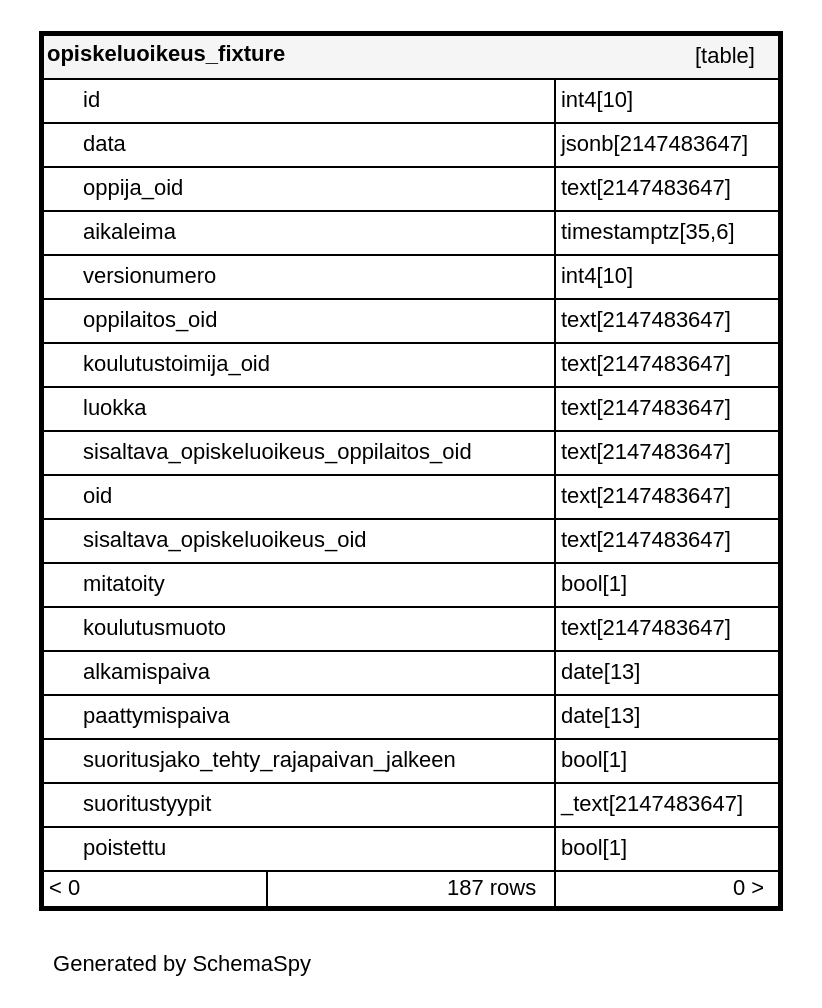
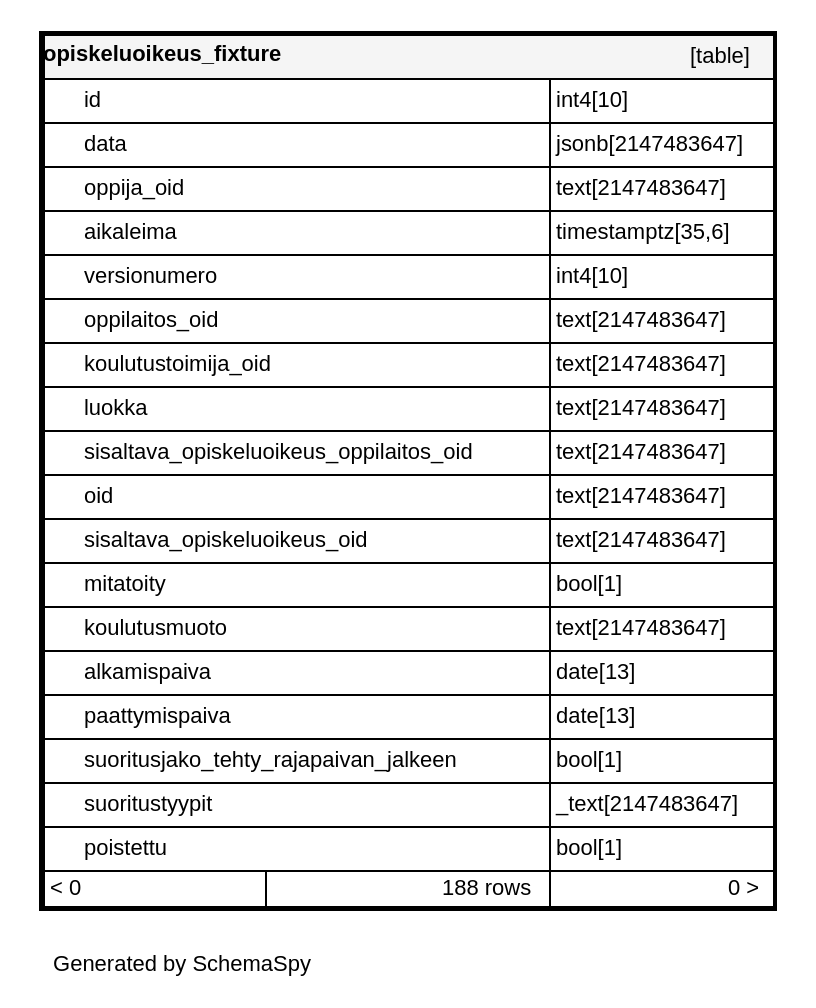
One commit to Opetushallitus/koski changed the diagram in documentation/tietokantaskeemat/koski/diagrams/tables/opiskeluoikeus_fixture.1degree.dot. Above: the diagram before and after it, drawn with Graphviz. The commit also changed 250 other files, not shown here.

```diff
--- a/documentation/tietokantaskeemat/koski/diagrams/tables/opiskeluoikeus_fixture.1degree.dot
+++ b/documentation/tietokantaskeemat/koski/diagrams/tables/opiskeluoikeus_fixture.1degree.dot
@@ -3,26 +3,26 @@
   "opiskeluoikeus_fixture" [
    label=<
     <TABLE BORDER="2" CELLBORDER="1" CELLSPACING="0" BGCOLOR="#ffffff">
-      <TR><TD COLSPAN="4"  BGCOLOR="#f5f5f5"><TABLE BORDER="0" CELLSPACING="0"><TR><TD ALIGN="LEFT" FIXEDSIZE="TRUE" WIDTH="135" HEIGHT="16"><B>opiskeluoikeus_fixture</B></TD><TD ALIGN="RIGHT">[table]</TD></TR></TABLE></TD></TR>
-      <TR><TD PORT="id" COLSPAN="2" ALIGN="LEFT"><TABLE BORDER="0" CELLSPACING="0" ALIGN="LEFT"><TR ALIGN="LEFT"><TD ALIGN="LEFT" FIXEDSIZE="TRUE" WIDTH="15" HEIGHT="16"></TD><TD ALIGN="LEFT" FIXEDSIZE="TRUE" WIDTH="235" HEIGHT="16">id</TD></TR></TABLE></TD><TD PORT="id.type" ALIGN="LEFT">int4[10]</TD></TR>
-      <TR><TD PORT="data" COLSPAN="2" ALIGN="LEFT"><TABLE BORDER="0" CELLSPACING="0" ALIGN="LEFT"><TR ALIGN="LEFT"><TD ALIGN="LEFT" FIXEDSIZE="TRUE" WIDTH="15" HEIGHT="16"></TD><TD ALIGN="LEFT" FIXEDSIZE="TRUE" WIDTH="235" HEIGHT="16">data</TD></TR></TABLE></TD><TD PORT="data.type" ALIGN="LEFT">jsonb[2147483647]</TD></TR>
-      <TR><TD PORT="oppija_oid" COLSPAN="2" ALIGN="LEFT"><TABLE BORDER="0" CELLSPACING="0" ALIGN="LEFT"><TR ALIGN="LEFT"><TD ALIGN="LEFT" FIXEDSIZE="TRUE" WIDTH="15" HEIGHT="16"></TD><TD ALIGN="LEFT" FIXEDSIZE="TRUE" WIDTH="235" HEIGHT="16">oppija_oid</TD></TR></TABLE></TD><TD PORT="oppija_oid.type" ALIGN="LEFT">text[2147483647]</TD></TR>
-      <TR><TD PORT="aikaleima" COLSPAN="2" ALIGN="LEFT"><TABLE BORDER="0" CELLSPACING="0" ALIGN="LEFT"><TR ALIGN="LEFT"><TD ALIGN="LEFT" FIXEDSIZE="TRUE" WIDTH="15" HEIGHT="16"></TD><TD ALIGN="LEFT" FIXEDSIZE="TRUE" WIDTH="235" HEIGHT="16">aikaleima</TD></TR></TABLE></TD><TD PORT="aikaleima.type" ALIGN="LEFT">timestamptz[35,6]</TD></TR>
-      <TR><TD PORT="versionumero" COLSPAN="2" ALIGN="LEFT"><TABLE BORDER="0" CELLSPACING="0" ALIGN="LEFT"><TR ALIGN="LEFT"><TD ALIGN="LEFT" FIXEDSIZE="TRUE" WIDTH="15" HEIGHT="16"></TD><TD ALIGN="LEFT" FIXEDSIZE="TRUE" WIDTH="235" HEIGHT="16">versionumero</TD></TR></TABLE></TD><TD PORT="versionumero.type" ALIGN="LEFT">int4[10]</TD></TR>
-      <TR><TD PORT="oppilaitos_oid" COLSPAN="2" ALIGN="LEFT"><TABLE BORDER="0" CELLSPACING="0" ALIGN="LEFT"><TR ALIGN="LEFT"><TD ALIGN="LEFT" FIXEDSIZE="TRUE" WIDTH="15" HEIGHT="16"></TD><TD ALIGN="LEFT" FIXEDSIZE="TRUE" WIDTH="235" HEIGHT="16">oppilaitos_oid</TD></TR></TABLE></TD><TD PORT="oppilaitos_oid.type" ALIGN="LEFT">text[2147483647]</TD></TR>
-      <TR><TD PORT="koulutustoimija_oid" COLSPAN="2" ALIGN="LEFT"><TABLE BORDER="0" CELLSPACING="0" ALIGN="LEFT"><TR ALIGN="LEFT"><TD ALIGN="LEFT" FIXEDSIZE="TRUE" WIDTH="15" HEIGHT="16"></TD><TD ALIGN="LEFT" FIXEDSIZE="TRUE" WIDTH="235" HEIGHT="16">koulutustoimija_oid</TD></TR></TABLE></TD><TD PORT="koulutustoimija_oid.type" ALIGN="LEFT">text[2147483647]</TD></TR>
-      <TR><TD PORT="luokka" COLSPAN="2" ALIGN="LEFT"><TABLE BORDER="0" CELLSPACING="0" ALIGN="LEFT"><TR ALIGN="LEFT"><TD ALIGN="LEFT" FIXEDSIZE="TRUE" WIDTH="15" HEIGHT="16"></TD><TD ALIGN="LEFT" FIXEDSIZE="TRUE" WIDTH="235" HEIGHT="16">luokka</TD></TR></TABLE></TD><TD PORT="luokka.type" ALIGN="LEFT">text[2147483647]</TD></TR>
-      <TR><TD PORT="sisaltava_opiskeluoikeus_oppilaitos_oid" COLSPAN="2" ALIGN="LEFT"><TABLE BORDER="0" CELLSPACING="0" ALIGN="LEFT"><TR ALIGN="LEFT"><TD ALIGN="LEFT" FIXEDSIZE="TRUE" WIDTH="15" HEIGHT="16"></TD><TD ALIGN="LEFT" FIXEDSIZE="TRUE" WIDTH="235" HEIGHT="16">sisaltava_opiskeluoikeus_oppilaitos_oid</TD></TR></TABLE></TD><TD PORT="sisaltava_opiskeluoikeus_oppilaitos_oid.type" ALIGN="LEFT">text[2147483647]</TD></TR>
-      <TR><TD PORT="oid" COLSPAN="2" ALIGN="LEFT"><TABLE BORDER="0" CELLSPACING="0" ALIGN="LEFT"><TR ALIGN="LEFT"><TD ALIGN="LEFT" FIXEDSIZE="TRUE" WIDTH="15" HEIGHT="16"></TD><TD ALIGN="LEFT" FIXEDSIZE="TRUE" WIDTH="235" HEIGHT="16">oid</TD></TR></TABLE></TD><TD PORT="oid.type" ALIGN="LEFT">text[2147483647]</TD></TR>
-      <TR><TD PORT="sisaltava_opiskeluoikeus_oid" COLSPAN="2" ALIGN="LEFT"><TABLE BORDER="0" CELLSPACING="0" ALIGN="LEFT"><TR ALIGN="LEFT"><TD ALIGN="LEFT" FIXEDSIZE="TRUE" WIDTH="15" HEIGHT="16"></TD><TD ALIGN="LEFT" FIXEDSIZE="TRUE" WIDTH="235" HEIGHT="16">sisaltava_opiskeluoikeus_oid</TD></TR></TABLE></TD><TD PORT="sisaltava_opiskeluoikeus_oid.type" ALIGN="LEFT">text[2147483647]</TD></TR>
-      <TR><TD PORT="mitatoity" COLSPAN="2" ALIGN="LEFT"><TABLE BORDER="0" CELLSPACING="0" ALIGN="LEFT"><TR ALIGN="LEFT"><TD ALIGN="LEFT" FIXEDSIZE="TRUE" WIDTH="15" HEIGHT="16"></TD><TD ALIGN="LEFT" FIXEDSIZE="TRUE" WIDTH="235" HEIGHT="16">mitatoity</TD></TR></TABLE></TD><TD PORT="mitatoity.type" ALIGN="LEFT">bool[1]</TD></TR>
-      <TR><TD PORT="koulutusmuoto" COLSPAN="2" ALIGN="LEFT"><TABLE BORDER="0" CELLSPACING="0" ALIGN="LEFT"><TR ALIGN="LEFT"><TD ALIGN="LEFT" FIXEDSIZE="TRUE" WIDTH="15" HEIGHT="16"></TD><TD ALIGN="LEFT" FIXEDSIZE="TRUE" WIDTH="235" HEIGHT="16">koulutusmuoto</TD></TR></TABLE></TD><TD PORT="koulutusmuoto.type" ALIGN="LEFT">text[2147483647]</TD></TR>
-      <TR><TD PORT="alkamispaiva" COLSPAN="2" ALIGN="LEFT"><TABLE BORDER="0" CELLSPACING="0" ALIGN="LEFT"><TR ALIGN="LEFT"><TD ALIGN="LEFT" FIXEDSIZE="TRUE" WIDTH="15" HEIGHT="16"></TD><TD ALIGN="LEFT" FIXEDSIZE="TRUE" WIDTH="235" HEIGHT="16">alkamispaiva</TD></TR></TABLE></TD><TD PORT="alkamispaiva.type" ALIGN="LEFT">date[13]</TD></TR>
-      <TR><TD PORT="paattymispaiva" COLSPAN="2" ALIGN="LEFT"><TABLE BORDER="0" CELLSPACING="0" ALIGN="LEFT"><TR ALIGN="LEFT"><TD ALIGN="LEFT" FIXEDSIZE="TRUE" WIDTH="15" HEIGHT="16"></TD><TD ALIGN="LEFT" FIXEDSIZE="TRUE" WIDTH="235" HEIGHT="16">paattymispaiva</TD></TR></TABLE></TD><TD PORT="paattymispaiva.type" ALIGN="LEFT">date[13]</TD></TR>
-      <TR><TD PORT="suoritusjako_tehty_rajapaivan_jalkeen" COLSPAN="2" ALIGN="LEFT"><TABLE BORDER="0" CELLSPACING="0" ALIGN="LEFT"><TR ALIGN="LEFT"><TD ALIGN="LEFT" FIXEDSIZE="TRUE" WIDTH="15" HEIGHT="16"></TD><TD ALIGN="LEFT" FIXEDSIZE="TRUE" WIDTH="235" HEIGHT="16">suoritusjako_tehty_rajapaivan_jalkeen</TD></TR></TABLE></TD><TD PORT="suoritusjako_tehty_rajapaivan_jalkeen.type" ALIGN="LEFT">bool[1]</TD></TR>
-      <TR><TD PORT="suoritustyypit" COLSPAN="2" ALIGN="LEFT"><TABLE BORDER="0" CELLSPACING="0" ALIGN="LEFT"><TR ALIGN="LEFT"><TD ALIGN="LEFT" FIXEDSIZE="TRUE" WIDTH="15" HEIGHT="16"></TD><TD ALIGN="LEFT" FIXEDSIZE="TRUE" WIDTH="235" HEIGHT="16">suoritustyypit</TD></TR></TABLE></TD><TD PORT="suoritustyypit.type" ALIGN="LEFT">_text[2147483647]</TD></TR>
-      <TR><TD PORT="poistettu" COLSPAN="2" ALIGN="LEFT"><TABLE BORDER="0" CELLSPACING="0" ALIGN="LEFT"><TR ALIGN="LEFT"><TD ALIGN="LEFT" FIXEDSIZE="TRUE" WIDTH="15" HEIGHT="16"></TD><TD ALIGN="LEFT" FIXEDSIZE="TRUE" WIDTH="235" HEIGHT="16">poistettu</TD></TR></TABLE></TD><TD PORT="poistettu.type" ALIGN="LEFT">bool[1]</TD></TR>
-      <TR><TD ALIGN="LEFT" BGCOLOR="#ffffff">&lt; 0</TD><TD ALIGN="RIGHT" BGCOLOR="#ffffff">187 rows</TD><TD ALIGN="RIGHT" BGCOLOR="#ffffff">0 &gt;</TD></TR>
+      <TR><TD COLSPAN="4"  BGCOLOR="#f5f5f5"><TABLE BORDER="0" CELLSPACING="0"><TR><TD ALIGN="LEFT" FIXEDSIZE="TRUE" WIDTH="130" HEIGHT="16"><B>opiskeluoikeus_fixture</B></TD><TD ALIGN="RIGHT">[table]</TD></TR></TABLE></TD></TR>
+      <TR><TD PORT="id" COLSPAN="2" ALIGN="LEFT"><TABLE BORDER="0" CELLSPACING="0" ALIGN="LEFT"><TR ALIGN="LEFT"><TD ALIGN="LEFT" FIXEDSIZE="TRUE" WIDTH="15" HEIGHT="16"></TD><TD ALIGN="LEFT" FIXEDSIZE="TRUE" WIDTH="232" HEIGHT="16">id</TD></TR></TABLE></TD><TD PORT="id.type" ALIGN="LEFT">int4[10]</TD></TR>
+      <TR><TD PORT="data" COLSPAN="2" ALIGN="LEFT"><TABLE BORDER="0" CELLSPACING="0" ALIGN="LEFT"><TR ALIGN="LEFT"><TD ALIGN="LEFT" FIXEDSIZE="TRUE" WIDTH="15" HEIGHT="16"></TD><TD ALIGN="LEFT" FIXEDSIZE="TRUE" WIDTH="232" HEIGHT="16">data</TD></TR></TABLE></TD><TD PORT="data.type" ALIGN="LEFT">jsonb[2147483647]</TD></TR>
+      <TR><TD PORT="oppija_oid" COLSPAN="2" ALIGN="LEFT"><TABLE BORDER="0" CELLSPACING="0" ALIGN="LEFT"><TR ALIGN="LEFT"><TD ALIGN="LEFT" FIXEDSIZE="TRUE" WIDTH="15" HEIGHT="16"></TD><TD ALIGN="LEFT" FIXEDSIZE="TRUE" WIDTH="232" HEIGHT="16">oppija_oid</TD></TR></TABLE></TD><TD PORT="oppija_oid.type" ALIGN="LEFT">text[2147483647]</TD></TR>
+      <TR><TD PORT="aikaleima" COLSPAN="2" ALIGN="LEFT"><TABLE BORDER="0" CELLSPACING="0" ALIGN="LEFT"><TR ALIGN="LEFT"><TD ALIGN="LEFT" FIXEDSIZE="TRUE" WIDTH="15" HEIGHT="16"></TD><TD ALIGN="LEFT" FIXEDSIZE="TRUE" WIDTH="232" HEIGHT="16">aikaleima</TD></TR></TABLE></TD><TD PORT="aikaleima.type" ALIGN="LEFT">timestamptz[35,6]</TD></TR>
+      <TR><TD PORT="versionumero" COLSPAN="2" ALIGN="LEFT"><TABLE BORDER="0" CELLSPACING="0" ALIGN="LEFT"><TR ALIGN="LEFT"><TD ALIGN="LEFT" FIXEDSIZE="TRUE" WIDTH="15" HEIGHT="16"></TD><TD ALIGN="LEFT" FIXEDSIZE="TRUE" WIDTH="232" HEIGHT="16">versionumero</TD></TR></TABLE></TD><TD PORT="versionumero.type" ALIGN="LEFT">int4[10]</TD></TR>
+      <TR><TD PORT="oppilaitos_oid" COLSPAN="2" ALIGN="LEFT"><TABLE BORDER="0" CELLSPACING="0" ALIGN="LEFT"><TR ALIGN="LEFT"><TD ALIGN="LEFT" FIXEDSIZE="TRUE" WIDTH="15" HEIGHT="16"></TD><TD ALIGN="LEFT" FIXEDSIZE="TRUE" WIDTH="232" HEIGHT="16">oppilaitos_oid</TD></TR></TABLE></TD><TD PORT="oppilaitos_oid.type" ALIGN="LEFT">text[2147483647]</TD></TR>
+      <TR><TD PORT="koulutustoimija_oid" COLSPAN="2" ALIGN="LEFT"><TABLE BORDER="0" CELLSPACING="0" ALIGN="LEFT"><TR ALIGN="LEFT"><TD ALIGN="LEFT" FIXEDSIZE="TRUE" WIDTH="15" HEIGHT="16"></TD><TD ALIGN="LEFT" FIXEDSIZE="TRUE" WIDTH="232" HEIGHT="16">koulutustoimija_oid</TD></TR></TABLE></TD><TD PORT="koulutustoimija_oid.type" ALIGN="LEFT">text[2147483647]</TD></TR>
+      <TR><TD PORT="luokka" COLSPAN="2" ALIGN="LEFT"><TABLE BORDER="0" CELLSPACING="0" ALIGN="LEFT"><TR ALIGN="LEFT"><TD ALIGN="LEFT" FIXEDSIZE="TRUE" WIDTH="15" HEIGHT="16"></TD><TD ALIGN="LEFT" FIXEDSIZE="TRUE" WIDTH="232" HEIGHT="16">luokka</TD></TR></TABLE></TD><TD PORT="luokka.type" ALIGN="LEFT">text[2147483647]</TD></TR>
+      <TR><TD PORT="sisaltava_opiskeluoikeus_oppilaitos_oid" COLSPAN="2" ALIGN="LEFT"><TABLE BORDER="0" CELLSPACING="0" ALIGN="LEFT"><TR ALIGN="LEFT"><TD ALIGN="LEFT" FIXEDSIZE="TRUE" WIDTH="15" HEIGHT="16"></TD><TD ALIGN="LEFT" FIXEDSIZE="TRUE" WIDTH="232" HEIGHT="16">sisaltava_opiskeluoikeus_oppilaitos_oid</TD></TR></TABLE></TD><TD PORT="sisaltava_opiskeluoikeus_oppilaitos_oid.type" ALIGN="LEFT">text[2147483647]</TD></TR>
+      <TR><TD PORT="oid" COLSPAN="2" ALIGN="LEFT"><TABLE BORDER="0" CELLSPACING="0" ALIGN="LEFT"><TR ALIGN="LEFT"><TD ALIGN="LEFT" FIXEDSIZE="TRUE" WIDTH="15" HEIGHT="16"></TD><TD ALIGN="LEFT" FIXEDSIZE="TRUE" WIDTH="232" HEIGHT="16">oid</TD></TR></TABLE></TD><TD PORT="oid.type" ALIGN="LEFT">text[2147483647]</TD></TR>
+      <TR><TD PORT="sisaltava_opiskeluoikeus_oid" COLSPAN="2" ALIGN="LEFT"><TABLE BORDER="0" CELLSPACING="0" ALIGN="LEFT"><TR ALIGN="LEFT"><TD ALIGN="LEFT" FIXEDSIZE="TRUE" WIDTH="15" HEIGHT="16"></TD><TD ALIGN="LEFT" FIXEDSIZE="TRUE" WIDTH="232" HEIGHT="16">sisaltava_opiskeluoikeus_oid</TD></TR></TABLE></TD><TD PORT="sisaltava_opiskeluoikeus_oid.type" ALIGN="LEFT">text[2147483647]</TD></TR>
+      <TR><TD PORT="mitatoity" COLSPAN="2" ALIGN="LEFT"><TABLE BORDER="0" CELLSPACING="0" ALIGN="LEFT"><TR ALIGN="LEFT"><TD ALIGN="LEFT" FIXEDSIZE="TRUE" WIDTH="15" HEIGHT="16"></TD><TD ALIGN="LEFT" FIXEDSIZE="TRUE" WIDTH="232" HEIGHT="16">mitatoity</TD></TR></TABLE></TD><TD PORT="mitatoity.type" ALIGN="LEFT">bool[1]</TD></TR>
+      <TR><TD PORT="koulutusmuoto" COLSPAN="2" ALIGN="LEFT"><TABLE BORDER="0" CELLSPACING="0" ALIGN="LEFT"><TR ALIGN="LEFT"><TD ALIGN="LEFT" FIXEDSIZE="TRUE" WIDTH="15" HEIGHT="16"></TD><TD ALIGN="LEFT" FIXEDSIZE="TRUE" WIDTH="232" HEIGHT="16">koulutusmuoto</TD></TR></TABLE></TD><TD PORT="koulutusmuoto.type" ALIGN="LEFT">text[2147483647]</TD></TR>
+      <TR><TD PORT="alkamispaiva" COLSPAN="2" ALIGN="LEFT"><TABLE BORDER="0" CELLSPACING="0" ALIGN="LEFT"><TR ALIGN="LEFT"><TD ALIGN="LEFT" FIXEDSIZE="TRUE" WIDTH="15" HEIGHT="16"></TD><TD ALIGN="LEFT" FIXEDSIZE="TRUE" WIDTH="232" HEIGHT="16">alkamispaiva</TD></TR></TABLE></TD><TD PORT="alkamispaiva.type" ALIGN="LEFT">date[13]</TD></TR>
+      <TR><TD PORT="paattymispaiva" COLSPAN="2" ALIGN="LEFT"><TABLE BORDER="0" CELLSPACING="0" ALIGN="LEFT"><TR ALIGN="LEFT"><TD ALIGN="LEFT" FIXEDSIZE="TRUE" WIDTH="15" HEIGHT="16"></TD><TD ALIGN="LEFT" FIXEDSIZE="TRUE" WIDTH="232" HEIGHT="16">paattymispaiva</TD></TR></TABLE></TD><TD PORT="paattymispaiva.type" ALIGN="LEFT">date[13]</TD></TR>
+      <TR><TD PORT="suoritusjako_tehty_rajapaivan_jalkeen" COLSPAN="2" ALIGN="LEFT"><TABLE BORDER="0" CELLSPACING="0" ALIGN="LEFT"><TR ALIGN="LEFT"><TD ALIGN="LEFT" FIXEDSIZE="TRUE" WIDTH="15" HEIGHT="16"></TD><TD ALIGN="LEFT" FIXEDSIZE="TRUE" WIDTH="232" HEIGHT="16">suoritusjako_tehty_rajapaivan_jalkeen</TD></TR></TABLE></TD><TD PORT="suoritusjako_tehty_rajapaivan_jalkeen.type" ALIGN="LEFT">bool[1]</TD></TR>
+      <TR><TD PORT="suoritustyypit" COLSPAN="2" ALIGN="LEFT"><TABLE BORDER="0" CELLSPACING="0" ALIGN="LEFT"><TR ALIGN="LEFT"><TD ALIGN="LEFT" FIXEDSIZE="TRUE" WIDTH="15" HEIGHT="16"></TD><TD ALIGN="LEFT" FIXEDSIZE="TRUE" WIDTH="232" HEIGHT="16">suoritustyypit</TD></TR></TABLE></TD><TD PORT="suoritustyypit.type" ALIGN="LEFT">_text[2147483647]</TD></TR>
+      <TR><TD PORT="poistettu" COLSPAN="2" ALIGN="LEFT"><TABLE BORDER="0" CELLSPACING="0" ALIGN="LEFT"><TR ALIGN="LEFT"><TD ALIGN="LEFT" FIXEDSIZE="TRUE" WIDTH="15" HEIGHT="16"></TD><TD ALIGN="LEFT" FIXEDSIZE="TRUE" WIDTH="232" HEIGHT="16">poistettu</TD></TR></TABLE></TD><TD PORT="poistettu.type" ALIGN="LEFT">bool[1]</TD></TR>
+      <TR><TD ALIGN="LEFT" BGCOLOR="#ffffff">&lt; 0</TD><TD ALIGN="RIGHT" BGCOLOR="#ffffff">188 rows</TD><TD ALIGN="RIGHT" BGCOLOR="#ffffff">0 &gt;</TD></TR>
     </TABLE>>
     URL="../../tables/opiskeluoikeus_fixture.html"
     target="_top"
```
